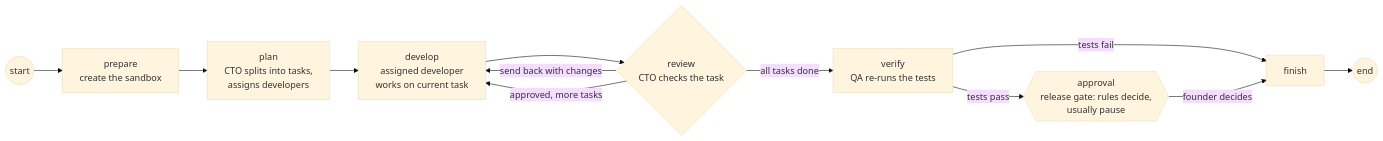
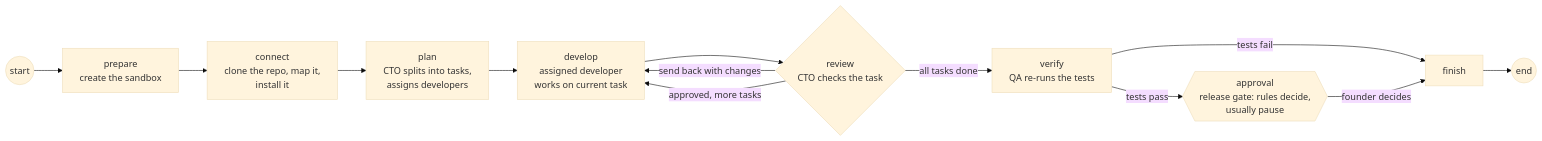
The diagram in docs/technical/features/workflows.md (medhalabs/MedhKarm), drawn with Mermaid (base theme) before and after one commit. The commit also changed other lines of this file and 72 other files, not shown here.

Commit message:
phase 2 with graphify

````diff
--- a/docs/technical/features/workflows.md
+++ b/docs/technical/features/workflows.md
@@ -13,14 +13,15 @@
 ```mermaid
 flowchart LR
     S((start)) --> PR[prepare<br/>create the sandbox]
-    PR --> P[plan<br/>CTO splits into tasks,<br/>assigns developers]
+    PR --> C[connect<br/>clone the repo, map it,<br/>install it]
+    C --> P[plan<br/>CTO splits into tasks,<br/>assigns developers]
     P --> D[develop<br/>assigned developer<br/>works on current task]
     D --> R{review<br/>CTO checks the task}
     R -->|send back with changes| D
     R -->|approved, more tasks| D
     R -->|all tasks done| V[verify<br/>QA re-runs the tests]
     V -->|tests pass| A{{approval<br/>release gate: rules decide,<br/>usually pause}}
     V -->|tests fail| F[finish]
     A -->|founder decides| F
     F --> E((end))
 ```
````
